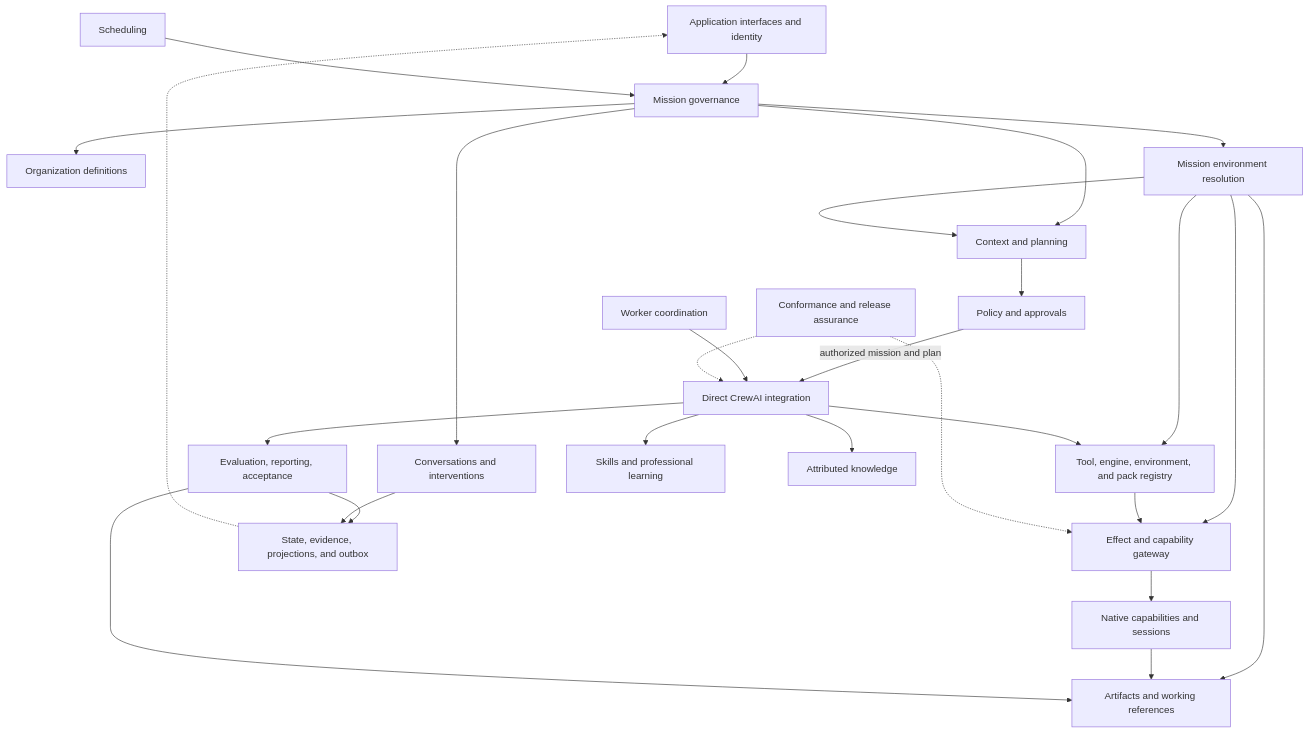
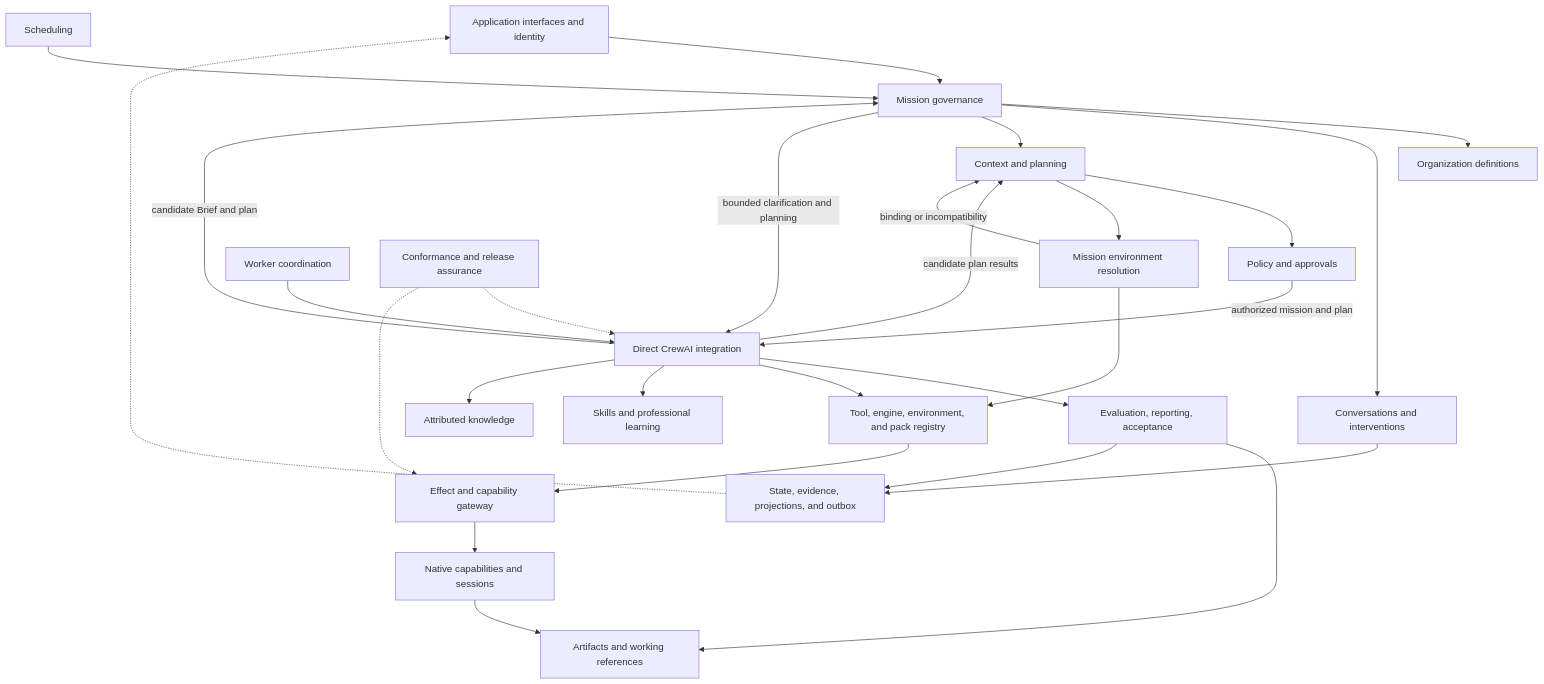
One commit to Y4NN777/mishkan changed the second of 2 diagrams in docs/SYSTEM/ARCHITECTURE.md. Above: the diagram before and after it, drawn with Mermaid. The commit also changed other lines of this file and 7 other files, not shown here.

Commit message:
docs(review): preserve CrewAI-authored environment decisions

````diff
--- a/docs/SYSTEM/ARCHITECTURE.md
+++ b/docs/SYSTEM/ARCHITECTURE.md
@@ -84,49 +84,50 @@
 ```mermaid
 flowchart TB
     API["Application interfaces and identity"]
     Org["Organization definitions"]
     Mission["Mission governance"]
     Conversation["Conversations and interventions"]
     Planning["Context and planning"]
     Policy["Policy and approvals"]
     Crew["Direct CrewAI integration"]
     Quality["Evaluation, reporting, acceptance"]
     Registry["Tool, engine, environment, and pack registry"]
     Environment["Mission environment resolution"]
     Gateway["Effect and capability gateway"]
     Native["Native capabilities and sessions"]
     Skills["Skills and professional learning"]
     Knowledge["Attributed knowledge"]
     Artifacts["Artifacts and working references"]
     Events["State, evidence, projections, and outbox"]
     Scheduling["Scheduling"]
     Workers["Worker coordination"]
     Conformance["Conformance and release assurance"]
 
     API --> Mission
     Mission --> Org
     Mission --> Conversation
     Mission --> Planning
-    Mission --> Environment
+    Mission -->|"bounded clarification and planning"| Crew
+    Crew -->|"candidate Brief and plan"| Mission
+    Crew -->|"candidate plan results"| Planning
     Planning --> Policy
-    Environment --> Planning
+    Planning --> Environment
+    Environment -->|"binding or incompatibility"| Planning
     Environment --> Registry
-    Environment --> Gateway
-    Environment --> Artifacts
     Policy -->|"authorized mission and plan"| Crew
     Crew --> Quality
     Crew --> Registry
     Registry --> Gateway
     Crew --> Skills
     Crew --> Knowledge
     Gateway --> Native
     Native --> Artifacts
     Quality --> Artifacts
     Quality --> Events
     Conversation --> Events
     Scheduling --> Mission
     Workers --> Crew
     Events -.-> API
     Conformance -.-> Crew
     Conformance -.-> Gateway
 ```
````
